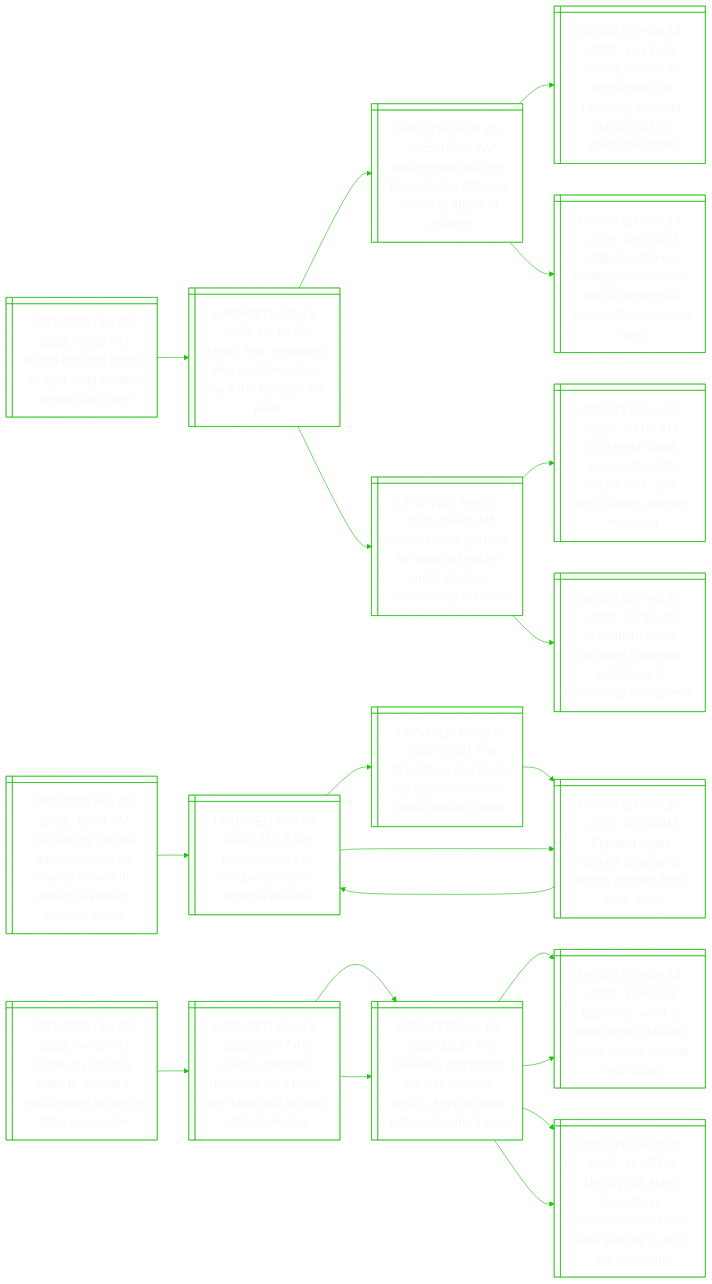
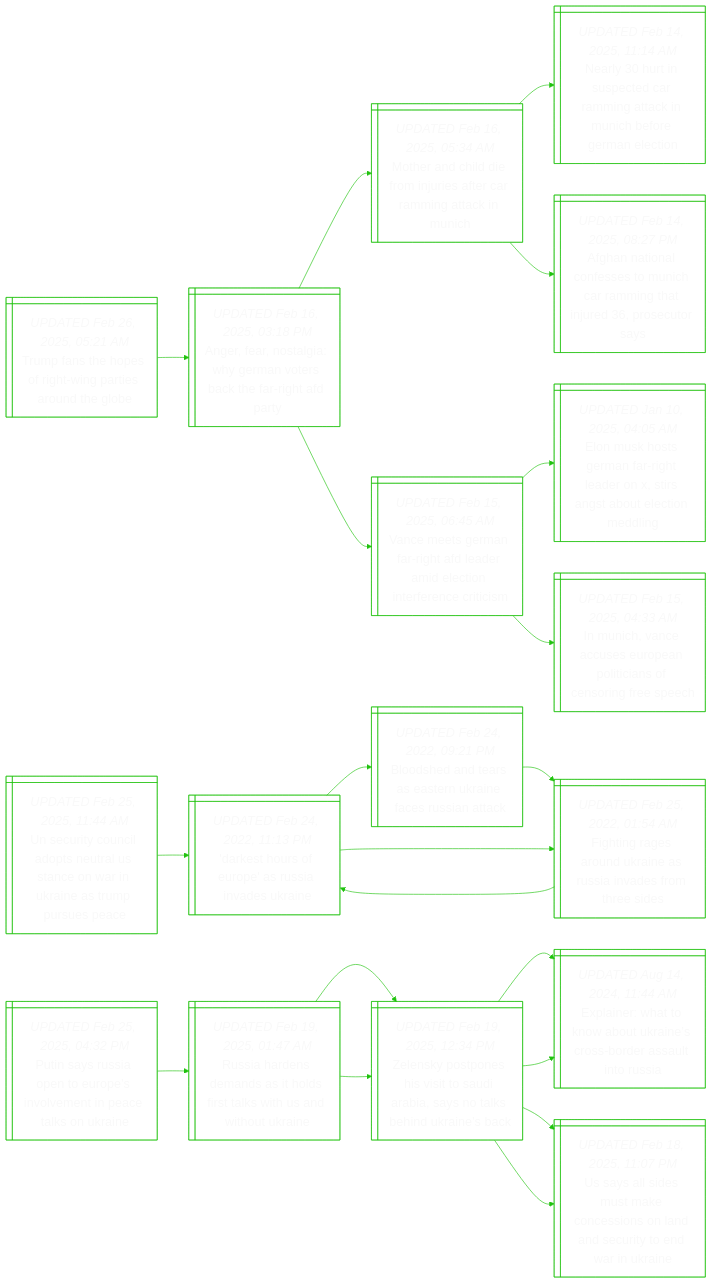
The diagram in README.md (notJmes/notJmes), drawn with Mermaid before and after one commit. The commit also changed other lines of this file, not shown here.

````diff
--- a/README.md
+++ b/README.md
@@ -14,75 +14,75 @@
 ```mermaid
 %%{init: {'theme':'base', 'themeVariables': {'primaryColor': "transparent", 'primaryTextColor': "#F9F9F9", 'lineColor': "#20C20E", 'primaryBorderColor':'#20C20E'}}}%%
 flowchart LR
 classDef txtsize font-size:20px;
 
-Tfheiiradl@{ shape: win-pane, label: "_UPDATED Feb 25, 2025, 06:33 PM_
+Tfheiiradl@{ shape: win-pane, label: "_UPDATED Feb 26, 2025, 05:21 AM_
 Trump fans the hopes of right-wing parties around the globe" }
 AfogyaecfgDy@{ shape: win-pane, label: "_UPDATED Feb 16, 2025, 03:18 PM_
 Anger, fear, nostalgia: why german voters back the far-right afd party" }
 Mrhimrfamtii@{ shape: win-pane, label: "_UPDATED Feb 16, 2025, 05:34 AM_
 Mother and child die from injuries after car ramming attack in munich" }
 Nyipdagcubeac@{ shape: win-pane, label: "_UPDATED Feb 14, 2025, 11:14 AM_
 Nearly 30 hurt in suspected car ramming attack in munich before german election" }
 AnoosMhagiesos@{ shape: win-pane, label: "_UPDATED Feb 14, 2025, 08:27 PM_
 Afghan national confesses to munich car ramming that injured 36, prosecutor says" }
 VmGnifdicifctm@{ shape: win-pane, label: "_UPDATED Feb 15, 2025, 06:45 AM_
 Vance meets german far-right afd leader amid election interference criticism" }
 EusrahdXsttten@{ shape: win-pane, label: "_UPDATED Jan 10, 2025, 04:05 AM_
 Elon musk hosts german far-right leader on x, stirs angst about election meddling" }
 IincEelifofp@{ shape: win-pane, label: "_UPDATED Feb 15, 2025, 04:33 AM_
 In munich, vance accuses european politicians of censoring free speech" }
 
 Tfheiiradl:::txtsize --> AfogyaecfgDy:::txtsize
 AfogyaecfgDy:::txtsize --> Mrhimrfamtii:::txtsize
 Mrhimrfamtii:::txtsize --> Nyipdagcubeac:::txtsize
 Mrhimrfamtii:::txtsize --> AnoosMhagiesos:::txtsize
 AfogyaecfgDy:::txtsize --> VmGnifdicifctm:::txtsize
 VmGnifdicifctm:::txtsize --> EusrahdXsttten:::txtsize
 VmGnifdicifctm:::txtsize --> IincEelifofp:::txtsize
 
 UuCipuUnwUnruse@{ shape: win-pane, label: "_UPDATED Feb 25, 2025, 11:44 AM_
 Un security council adopts neutral us stance on war in ukraine as trump pursues peace" }
 DsruasvUn@{ shape: win-pane, label: "_UPDATED Feb 24, 2022, 11:13 PM_
 'darkest hours of europe' as russia invades ukraine" }
 Bsnranicsak@{ shape: win-pane, label: "_UPDATED Feb 24, 2022, 09:21 PM_
 Bloodshed and tears as eastern ukraine faces russian attack" }
 Figokesnsts@{ shape: win-pane, label: "_UPDATED Feb 25, 2022, 01:54 AM_
 Fighting rages around ukraine as russia invades from three sides" }
 Figokesnsts@{ shape: win-pane, label: "_UPDATED Feb 25, 2022, 01:54 AM_
 Fighting rages around ukraine as russia invades from three sides" }
 DsruasvUn@{ shape: win-pane, label: "_UPDATED Feb 24, 2022, 11:13 PM_
 'darkest hours of europe' as russia invades ukraine" }
 
 UuCipuUnwUnruse:::txtsize --> DsruasvUn:::txtsize
 DsruasvUn:::txtsize --> Bsnranicsak:::txtsize
 Bsnranicsak:::txtsize --> Figokesnsts:::txtsize
 DsruasvUn:::txtsize --> Figokesnsts:::txtsize
 Figokesnsts:::txtsize --> DsruasvUn:::txtsize
 
 Psuoopvmnesr@{ shape: win-pane, label: "_UPDATED Feb 25, 2025, 04:32 PM_
 Putin says russia open to europe’s involvement in peace talks on ukraine" }
 RaemaoiaiatUn@{ shape: win-pane, label: "_UPDATED Feb 19, 2025, 01:47 AM_
 Russia hardens demands as it holds first talks with us and without ukraine" }
 ZssevtdbyaeUnc@{ shape: win-pane, label: "_UPDATED Feb 19, 2025, 12:34 PM_
 Zelensky postpones his visit to saudi arabia, says no talks behind ukraine’s back" }
 Eihkbkesdsiu@{ shape: win-pane, label: "_UPDATED Aug 14, 2024, 11:44 AM_
 Explainer: what to know about ukraine’s cross-border assault into russia" }
 UsiukcolnutwUn@{ shape: win-pane, label: "_UPDATED Feb 18, 2025, 11:07 PM_
 Us says all sides must make concessions on land and security to end war in ukraine" }
 ZssevtdbyaeUnc@{ shape: win-pane, label: "_UPDATED Feb 19, 2025, 12:34 PM_
 Zelensky postpones his visit to saudi arabia, says no talks behind ukraine’s back" }
 Eihkbkesdsiu@{ shape: win-pane, label: "_UPDATED Aug 14, 2024, 11:44 AM_
 Explainer: what to know about ukraine’s cross-border assault into russia" }
 UsiukcolnutwUn@{ shape: win-pane, label: "_UPDATED Feb 18, 2025, 11:07 PM_
 Us says all sides must make concessions on land and security to end war in ukraine" }
 
 Psuoopvmnesr:::txtsize --> RaemaoiaiatUn:::txtsize
 RaemaoiaiatUn:::txtsize --> ZssevtdbyaeUnc:::txtsize
 ZssevtdbyaeUnc:::txtsize --> Eihkbkesdsiu:::txtsize
 ZssevtdbyaeUnc:::txtsize --> UsiukcolnutwUn:::txtsize
 RaemaoiaiatUn:::txtsize --> ZssevtdbyaeUnc:::txtsize
 ZssevtdbyaeUnc:::txtsize --> Eihkbkesdsiu:::txtsize
 ZssevtdbyaeUnc:::txtsize --> UsiukcolnutwUn:::txtsize
 
 ```
````
